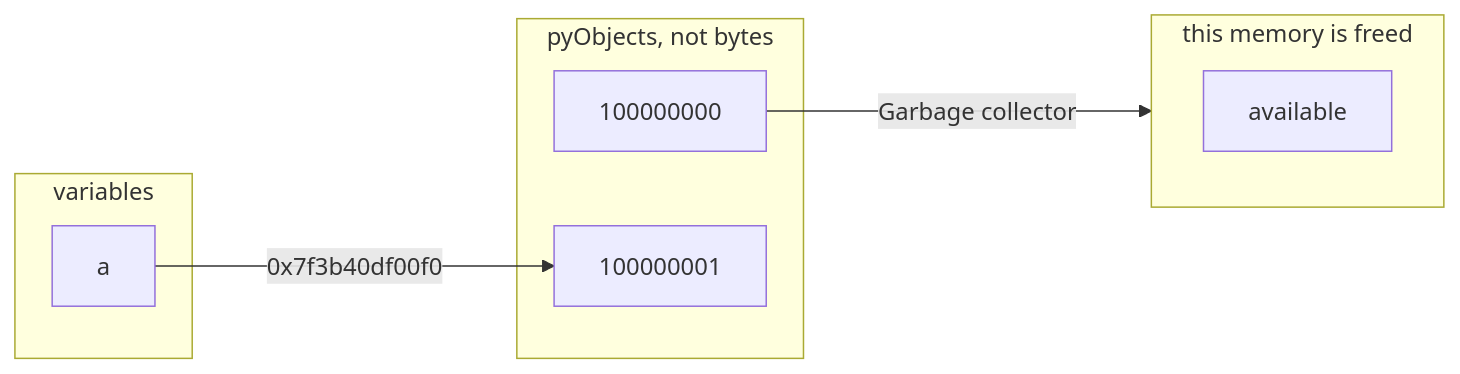
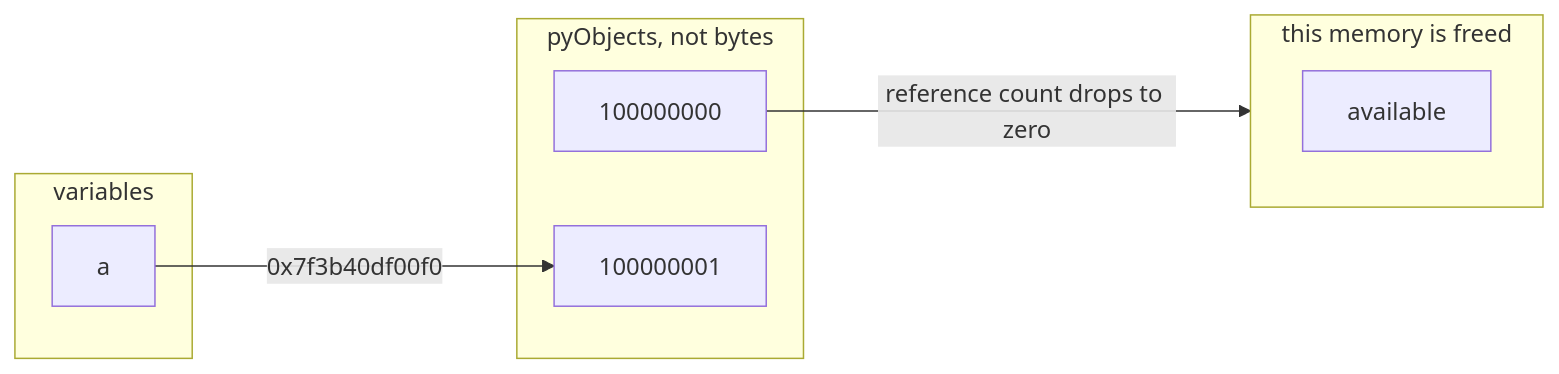
The diagram in _lectures/1.2-compound.md (GAMR1520/GAMR1520), drawn with Mermaid before and after one commit. The commit also changed 7 other files, not shown here.

```diff
--- a/_lectures/1.2-compound.md
+++ b/_lectures/1.2-compound.md
@@ -121,15 +121,15 @@
     <div class="mermaid">
     flowchart LR;
     subgraph variables
         a
     end
     subgraph objects ["pyObjects, not bytes"]
         100000000
         100000001
     end
     subgraph gc ["this memory is freed"]
         available
     end
     a-- 0x7f3b40df00f0 --->100000001
-    100000000-- "Garbage collector" --->gc
+    100000000-- "reference count drops to zero" --->gc
     </div>
```
